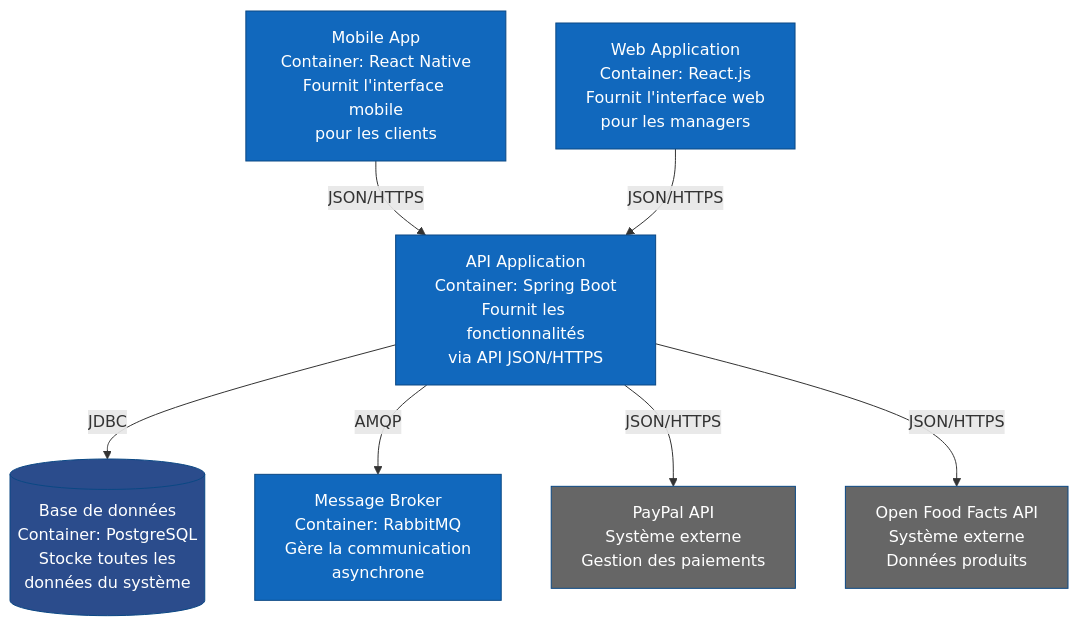
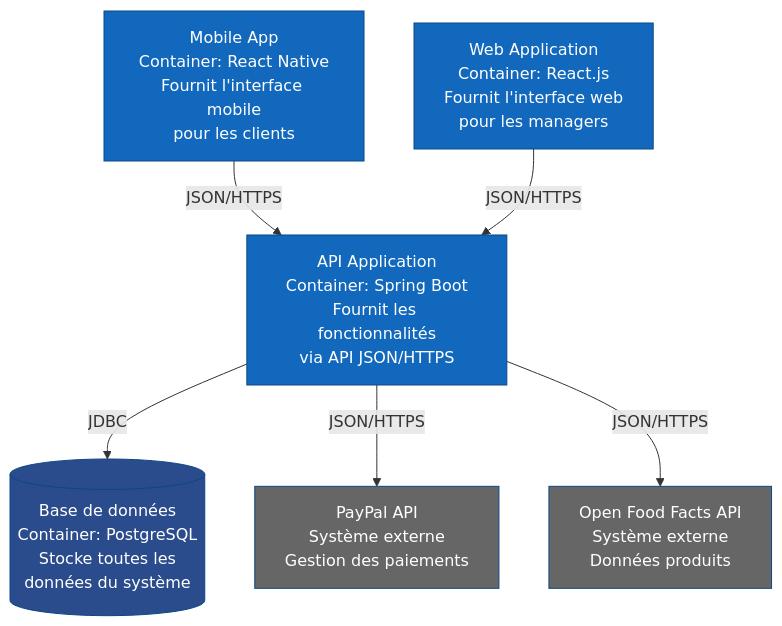
Before and after one commit to glopez-dev/trinity: the second of 3 diagrams in docs/developeur/domain_driven_design/2_c4_diagrams.md, drawn with Mermaid. The commit also changed other lines of this file and 1 other file, not shown here.

First line of the commit message:
docs(ddd): align strategic design and C4 diagrams with in-process events

````diff
--- a/docs/developeur/domain_driven_design/2_c4_diagrams.md
+++ b/docs/developeur/domain_driven_design/2_c4_diagrams.md
@@ -45,34 +45,29 @@
 ```mermaid
 graph TB
     MobileClient["Mobile App\nContainer: React Native\nFournit l'interface mobile\npour les clients"]
     WebClient["Web Application\nContainer: React.js\nFournit l'interface web\npour les managers"]
     
     API["API Application\nContainer: Spring Boot\nFournit les fonctionnalités\nvia API JSON/HTTPS"]
     
     Database[("Base de données\nContainer: PostgreSQL\nStocke toutes les\ndonnées du système")]
     
-    MessageBroker["Message Broker\nContainer: RabbitMQ\nGère la communication\nasynchrone"]
-    
     PayPal["PayPal API\nSystème externe\nGestion des paiements"]
     OpenFood["Open Food Facts API\nSystème externe\nDonnées produits"]
 
     MobileClient -->|"JSON/HTTPS"| API
     WebClient -->|"JSON/HTTPS"| API
     
     API -->|"JDBC"| Database
-    API -->|"AMQP"| MessageBroker
     API -->|"JSON/HTTPS"| PayPal
     API -->|"JSON/HTTPS"| OpenFood
 
     classDef client fill:#1168bd,stroke:#0b4884,color:#ffffff
     classDef api fill:#1168bd,stroke:#0b4884,color:#ffffff
     classDef db fill:#2b4c8c,stroke:#0b4884,color:#ffffff
     classDef external fill:#666666,stroke:#0b4884,color:#ffffff
-    classDef broker fill:#1168bd,stroke:#0b4884,color:#ffffff
 
     class MobileClient,WebClient client
     class API api
     class Database db
     class PayPal,OpenFood external
-    class MessageBroker broker
 ```
````
